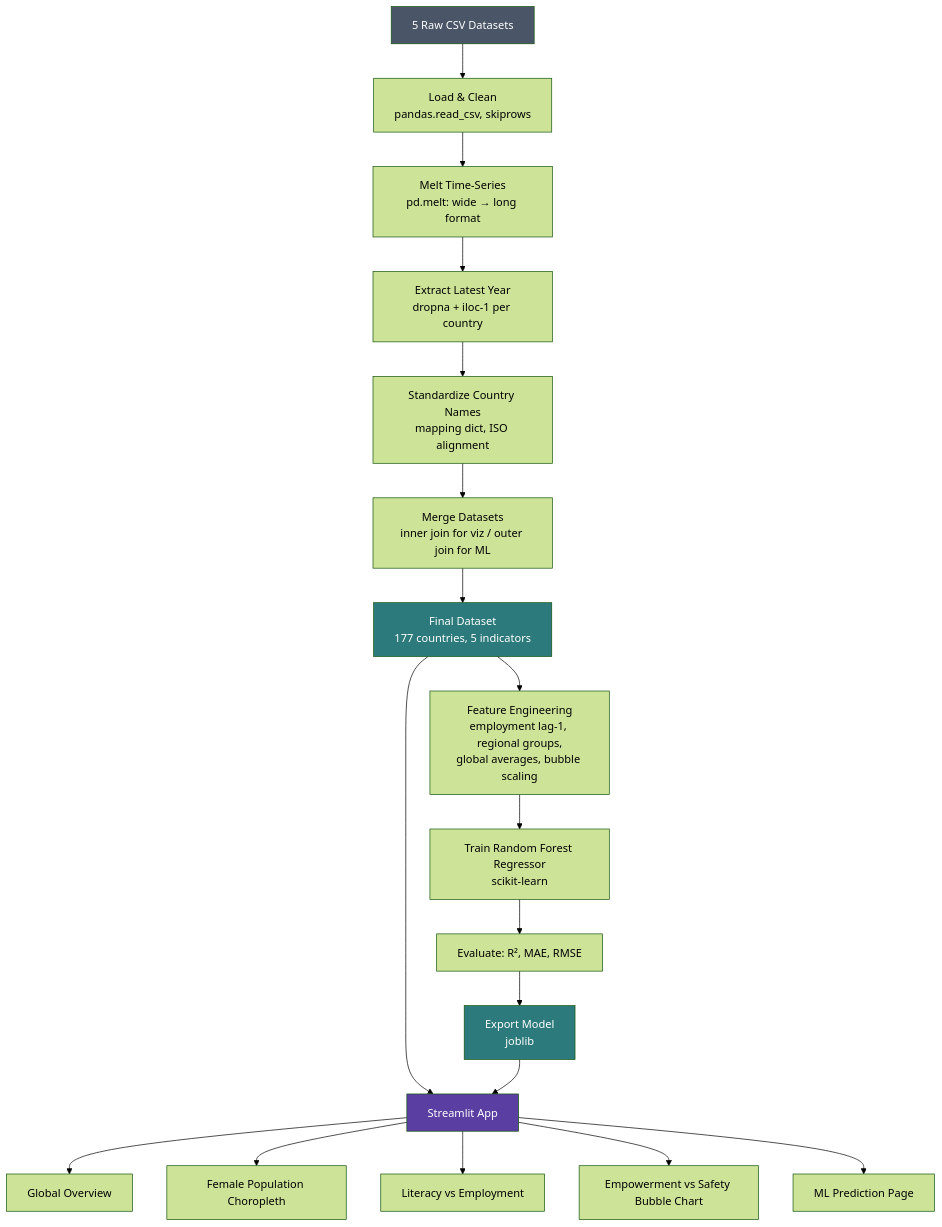
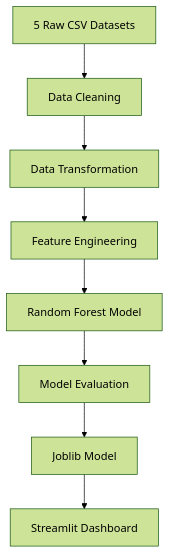
The diagram in README.md (Siddiqua2007/Global-Women-Empowerment-Data-Dashboard), drawn with Mermaid (forest theme) before and after one commit. The commit also changed other lines of this file, not shown here.

````diff
--- a/README.md
+++ b/README.md
@@ -21,27 +146,10 @@
 ```mermaid
 graph TD
-    A[5 Raw CSV Datasets] --> B[Load & Clean<br/>pandas.read_csv, skiprows]
-    B --> C[Melt Time-Series<br/>pd.melt: wide → long format]
-    C --> D[Extract Latest Year<br/>dropna + iloc-1 per country]
-    D --> E[Standardize Country Names<br/>mapping dict, ISO alignment]
-    E --> F[Merge Datasets<br/>inner join for viz / outer join for ML]
-    F --> G[Final Dataset<br/>177 countries, 5 indicators]
-
-    G --> H[Feature Engineering<br/>employment lag-1, regional groups,<br/>global averages, bubble scaling]
-    H --> I[Train Random Forest Regressor<br/>scikit-learn]
-    I --> J[Evaluate: R², MAE, RMSE]
-    J --> K[Export Model<br/>joblib]
-
-    G --> L[Streamlit App]
-    K --> L
-    L --> M[Global Overview]
-    L --> N[Female Population Choropleth]
-    L --> O[Literacy vs Employment]
-    L --> P[Empowerment vs Safety Bubble Chart]
-    L --> Q[ML Prediction Page]
-
-    style A fill:#4a5568,color:#fff
-    style G fill:#2c7a7b,color:#fff
-    style K fill:#2c7a7b,color:#fff
-    style L fill:#5a3ea1,color:#fff
+    A[5 Raw CSV Datasets] --> B[Data Cleaning]
+    B --> C[Data Transformation]
+    C --> D[Feature Engineering]
+    D --> E[Random Forest Model]
+    E --> F[Model Evaluation]
+    F --> G[Joblib Model]
+    G --> H[Streamlit Dashboard]
 ```
````
